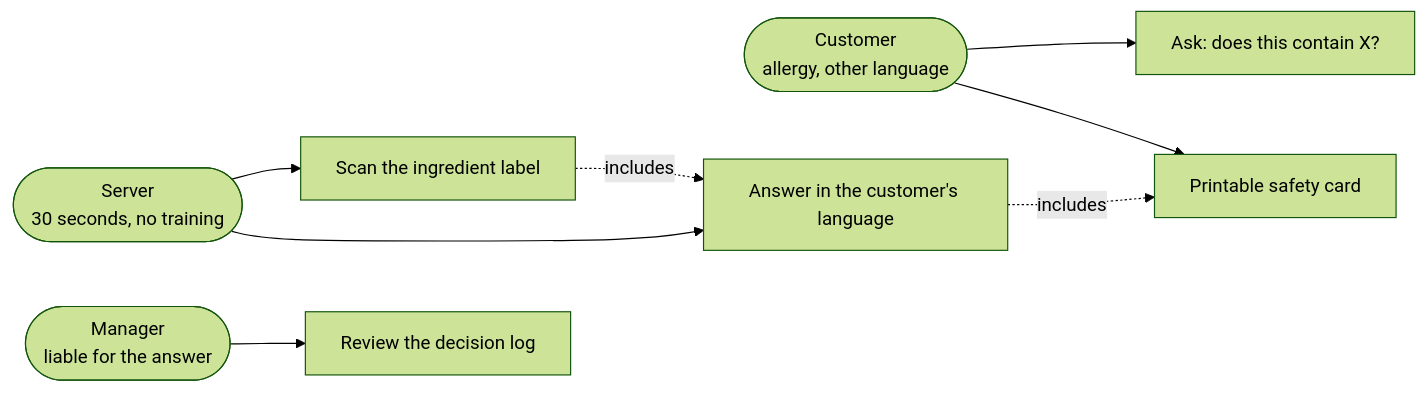
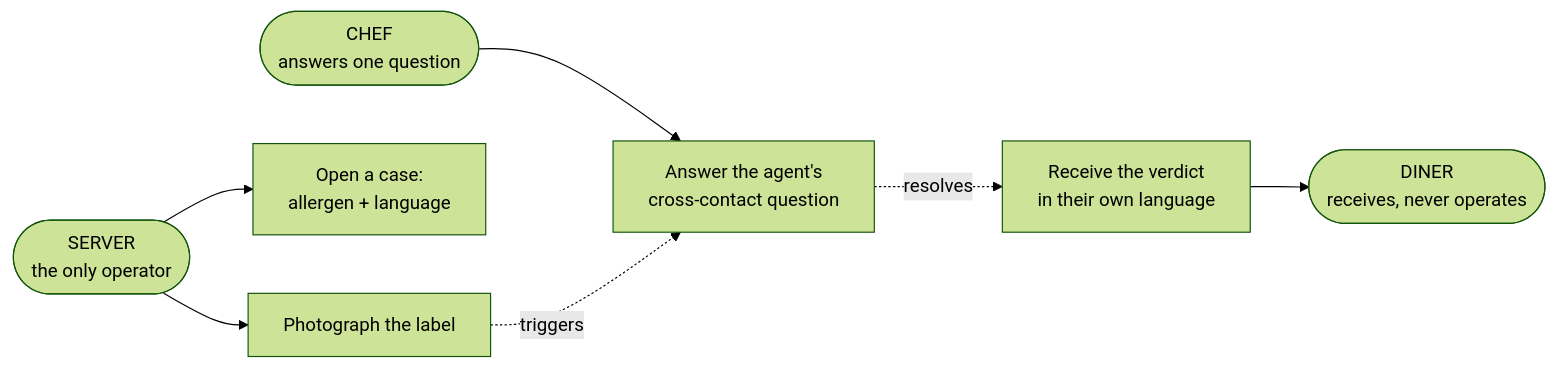
One commit to soneeee22000/safeplate changed the second of 2 diagrams in README.md. Above: the diagram before and after it, drawn with Mermaid (forest theme). The commit also changed other lines of this file, not shown here.

First line of the commit message:
docs: correct both diagrams to the shipped design

````diff
--- a/README.md
+++ b/README.md
@@ -65,21 +82,19 @@
 ```mermaid
 flowchart LR
-    C(["Customer<br/>allergy, other language"])
-    S(["Server<br/>30 seconds, no training"])
-    M(["Manager<br/>liable for the answer"])
+    S(["SERVER<br/>the only operator"])
+    K(["CHEF<br/>answers one question"])
+    D(["DINER<br/>receives, never operates"])
 
-    U1["Ask: does this contain X?"]
-    U2["Scan the ingredient label"]
-    U3["Answer in the customer's language"]
-    U4["Printable safety card"]
-    U5["Review the decision log"]
+    U1["Open a case:<br/>allergen + language"]
+    U2["Photograph the label"]
+    U3["Answer the agent's<br/>cross-contact question"]
+    U4["Receive the verdict<br/>in their own language"]
 
-    C --> U1
+    S --> U1
     S --> U2
-    S --> U3
-    C --> U4
-    M --> U5
+    K --> U3
+    U4 --> D
 
-    U2 -. includes .-> U3
-    U3 -. includes .-> U4
+    U2 -. triggers .-> U3
+    U3 -. resolves .-> U4
 ```
````
